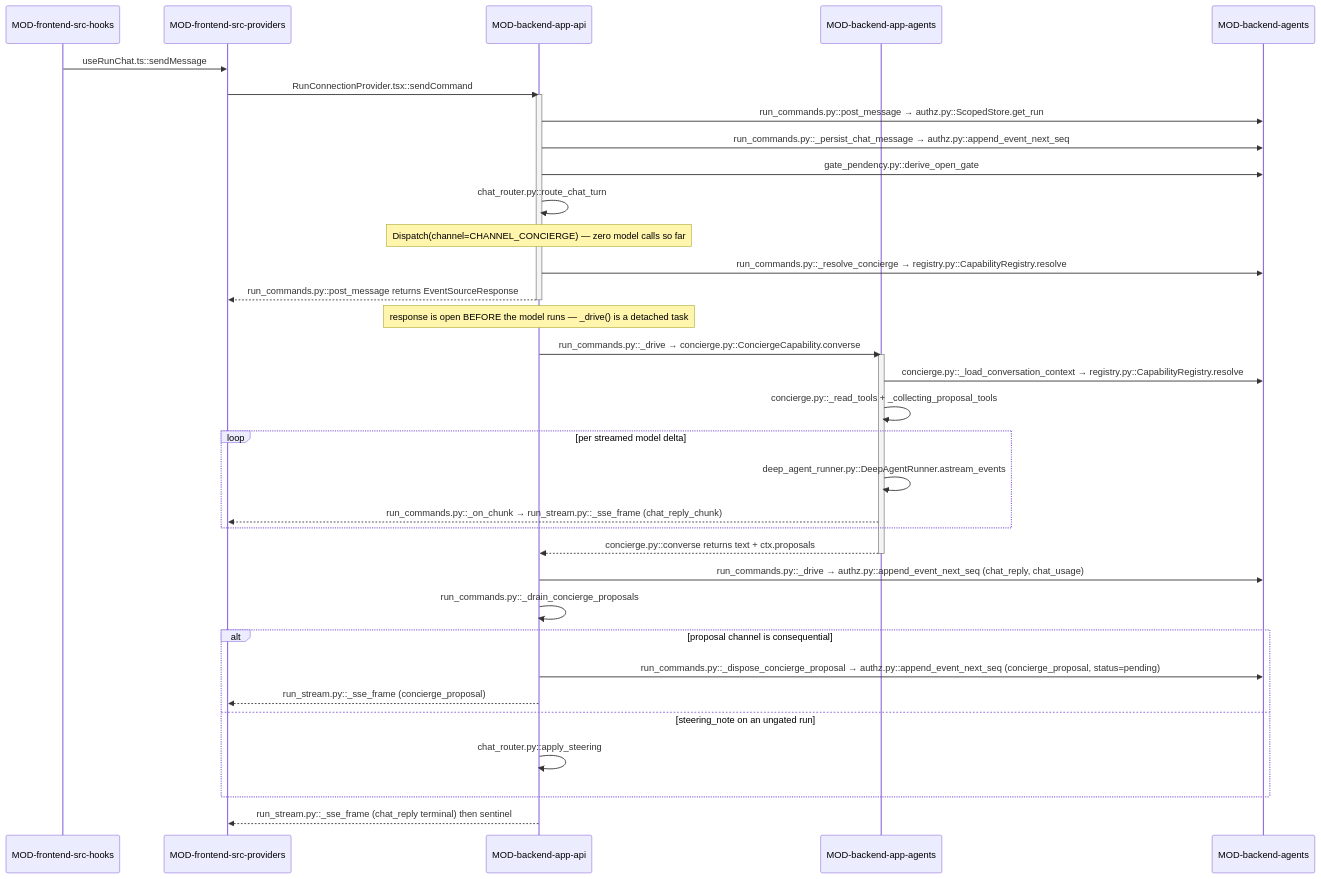
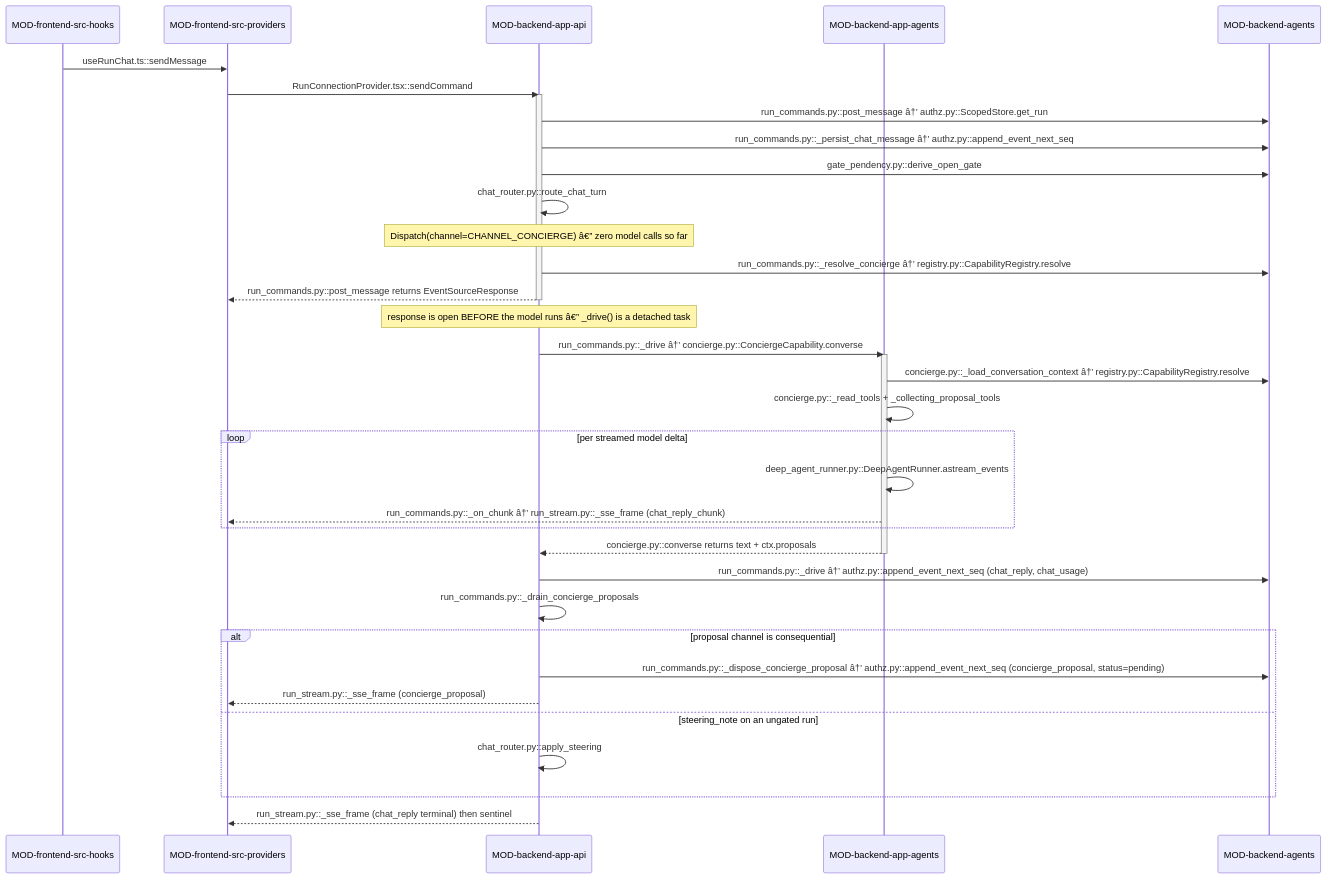
Before and after one commit to prateek-sinha7/IdeaFlowAI: the second of 2 diagrams in .knowledge/architecture/DOMAIN-chat-and-handoff.md, drawn with Mermaid. The commit also changed other lines of this file and 791 other files, not shown here.

````diff
--- a/.knowledge/architecture/DOMAIN-chat-and-handoff.md
+++ b/.knowledge/architecture/DOMAIN-chat-and-handoff.md
@@ -246,40 +248,40 @@
 ```mermaid
 sequenceDiagram
     participant MOD-frontend-src-hooks
     participant MOD-frontend-src-providers
     participant MOD-backend-app-api
     participant MOD-backend-app-agents
     participant MOD-backend-agents
 
     MOD-frontend-src-hooks->>MOD-frontend-src-providers: useRunChat.ts::sendMessage
     MOD-frontend-src-providers->>MOD-backend-app-api: RunConnectionProvider.tsx::sendCommand
     activate MOD-backend-app-api
-    MOD-backend-app-api->>MOD-backend-agents: run_commands.py::post_message → authz.py::ScopedStore.get_run
-    MOD-backend-app-api->>MOD-backend-agents: run_commands.py::_persist_chat_message → authz.py::append_event_next_seq
+    MOD-backend-app-api->>MOD-backend-agents: run_commands.py::post_message â†’ authz.py::ScopedStore.get_run
+    MOD-backend-app-api->>MOD-backend-agents: run_commands.py::_persist_chat_message â†’ authz.py::append_event_next_seq
     MOD-backend-app-api->>MOD-backend-agents: gate_pendency.py::derive_open_gate
     MOD-backend-app-api->>MOD-backend-app-api: chat_router.py::route_chat_turn
-    Note over MOD-backend-app-api: Dispatch(channel=CHANNEL_CONCIERGE) — zero model calls so far
-    MOD-backend-app-api->>MOD-backend-agents: run_commands.py::_resolve_concierge → registry.py::CapabilityRegistry.resolve
+    Note over MOD-backend-app-api: Dispatch(channel=CHANNEL_CONCIERGE) â€” zero model calls so far
+    MOD-backend-app-api->>MOD-backend-agents: run_commands.py::_resolve_concierge â†’ registry.py::CapabilityRegistry.resolve
     MOD-backend-app-api-->>MOD-frontend-src-providers: run_commands.py::post_message returns EventSourceResponse
     deactivate MOD-backend-app-api
-    Note over MOD-backend-app-api: response is open BEFORE the model runs — _drive() is a detached task
-    MOD-backend-app-api->>MOD-backend-app-agents: run_commands.py::_drive → concierge.py::ConciergeCapability.converse
+    Note over MOD-backend-app-api: response is open BEFORE the model runs â€” _drive() is a detached task
+    MOD-backend-app-api->>MOD-backend-app-agents: run_commands.py::_drive â†’ concierge.py::ConciergeCapability.converse
     activate MOD-backend-app-agents
-    MOD-backend-app-agents->>MOD-backend-agents: concierge.py::_load_conversation_context → registry.py::CapabilityRegistry.resolve
+    MOD-backend-app-agents->>MOD-backend-agents: concierge.py::_load_conversation_context â†’ registry.py::CapabilityRegistry.resolve
     MOD-backend-app-agents->>MOD-backend-app-agents: concierge.py::_read_tools + _collecting_proposal_tools
     loop per streamed model delta
         MOD-backend-app-agents->>MOD-backend-app-agents: deep_agent_runner.py::DeepAgentRunner.astream_events
-        MOD-backend-app-agents-->>MOD-frontend-src-providers: run_commands.py::_on_chunk → run_stream.py::_sse_frame (chat_reply_chunk)
+        MOD-backend-app-agents-->>MOD-frontend-src-providers: run_commands.py::_on_chunk â†’ run_stream.py::_sse_frame (chat_reply_chunk)
     end
     MOD-backend-app-agents-->>MOD-backend-app-api: concierge.py::converse returns text + ctx.proposals
     deactivate MOD-backend-app-agents
-    MOD-backend-app-api->>MOD-backend-agents: run_commands.py::_drive → authz.py::append_event_next_seq (chat_reply, chat_usage)
+    MOD-backend-app-api->>MOD-backend-agents: run_commands.py::_drive â†’ authz.py::append_event_next_seq (chat_reply, chat_usage)
     MOD-backend-app-api->>MOD-backend-app-api: run_commands.py::_drain_concierge_proposals
     alt proposal channel is consequential
-        MOD-backend-app-api->>MOD-backend-agents: run_commands.py::_dispose_concierge_proposal → authz.py::append_event_next_seq (concierge_proposal, status=pending)
+        MOD-backend-app-api->>MOD-backend-agents: run_commands.py::_dispose_concierge_proposal â†’ authz.py::append_event_next_seq (concierge_proposal, status=pending)
         MOD-backend-app-api-->>MOD-frontend-src-providers: run_stream.py::_sse_frame (concierge_proposal)
     else steering_note on an ungated run
         MOD-backend-app-api->>MOD-backend-app-api: chat_router.py::apply_steering
     end
     MOD-backend-app-api-->>MOD-frontend-src-providers: run_stream.py::_sse_frame (chat_reply terminal) then sentinel
 ```
````
